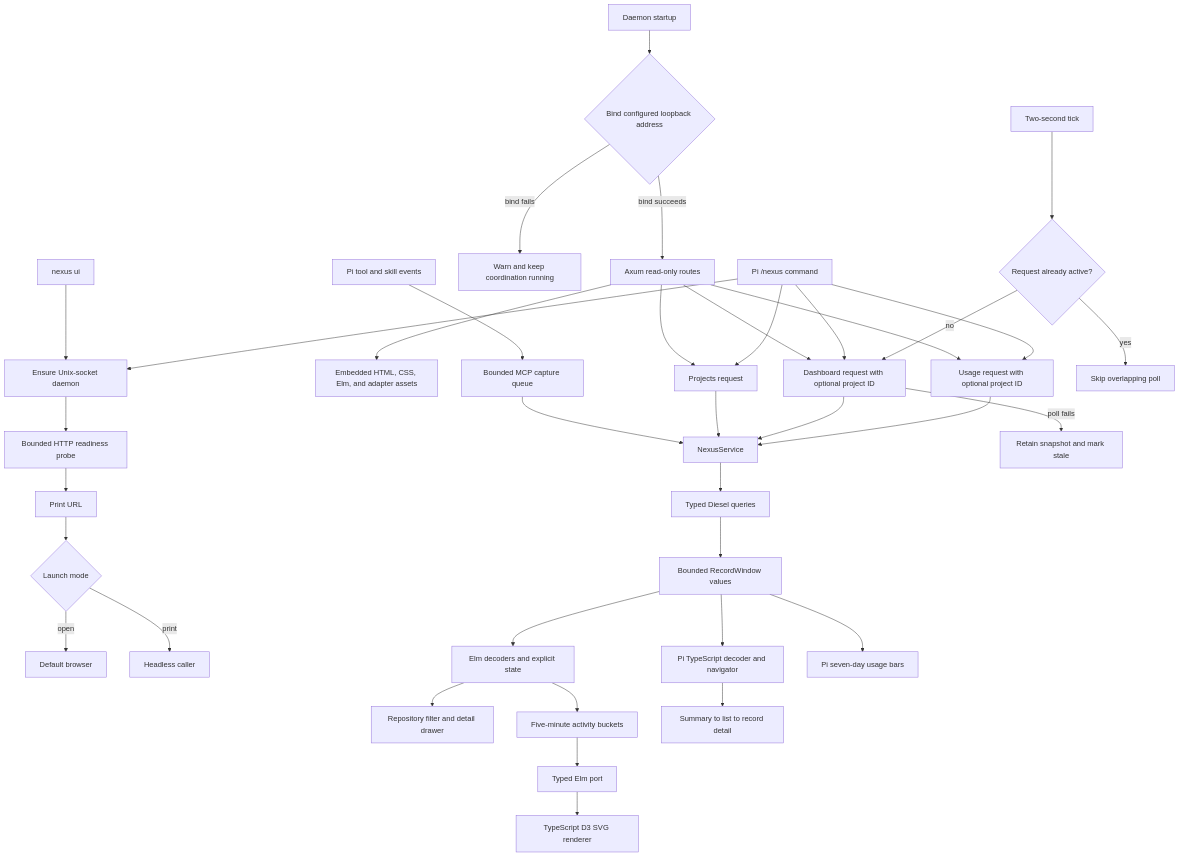
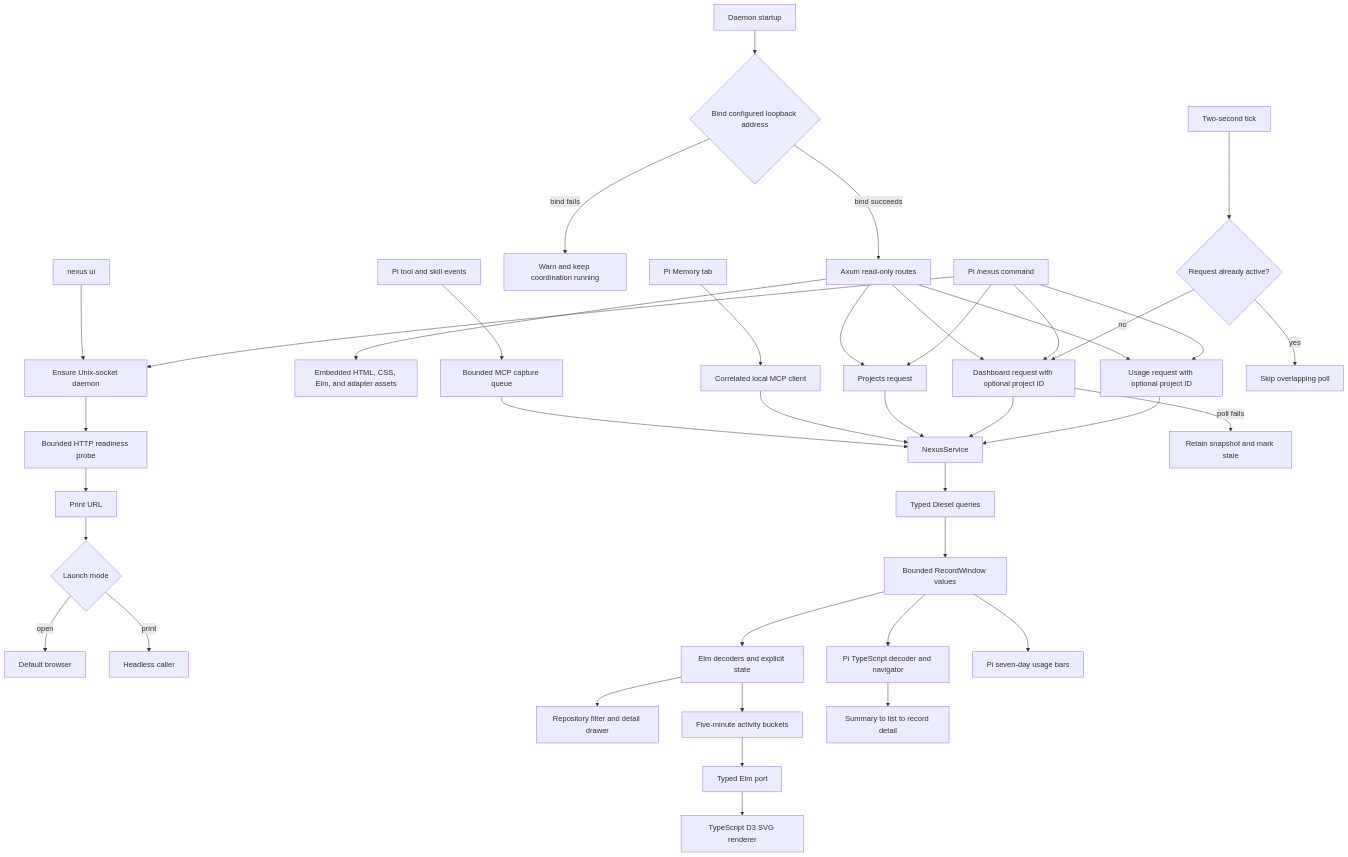
One commit to warrenronsiek/nexus changed the diagram in docs/features/observability-ui.md. Above: the diagram before and after it, drawn with Mermaid. The commit also changed other lines of this file and 69 other files, not shown here.

````diff
--- a/docs/features/observability-ui.md
+++ b/docs/features/observability-ui.md
@@ -25,39 +25,41 @@
 ```mermaid
 flowchart TD
     A[nexus ui] --> B[Ensure Unix-socket daemon]
     B --> C[Bounded HTTP readiness probe]
     C --> D[Print URL]
     D --> E{Launch mode}
     E -->|open| F[Default browser]
     E -->|print| G[Headless caller]
     H[Daemon startup] --> I{Bind configured loopback address}
     I -->|bind succeeds| J[Axum read-only routes]
     I -->|bind fails| K[Warn and keep coordination running]
     J --> L[Embedded HTML, CSS, Elm, and adapter assets]
     J --> M[Projects request]
     J --> N[Dashboard request with optional project ID]
     J --> AF[Usage request with optional project ID]
     AA[Pi /nexus command] --> B
     AD[Pi tool and skill events] --> AE[Bounded MCP capture queue]
     AE --> O
+    AH[Pi Memory tab] --> AI[Correlated local MCP client]
+    AI --> O
     AA --> M
     AA --> N
     AA --> AF
     M --> O[NexusService]
     N --> O
     AF --> O
     O --> P[Typed Diesel queries]
     P --> Q[Bounded RecordWindow values]
     Q --> R[Elm decoders and explicit state]
     Q --> AB[Pi TypeScript decoder and navigator]
     Q --> AG[Pi seven-day usage bars]
     R --> S[Repository filter and detail drawer]
     R --> T[Five-minute activity buckets]
     T --> U[Typed Elm port]
     U --> V[TypeScript D3 SVG renderer]
     W[Two-second tick] --> X{Request already active?}
     X -->|yes| Y[Skip overlapping poll]
     X -->|no| N
     N -->|poll fails| Z[Retain snapshot and mark stale]
     AB --> AC[Summary to list to record detail]
 ```
````
